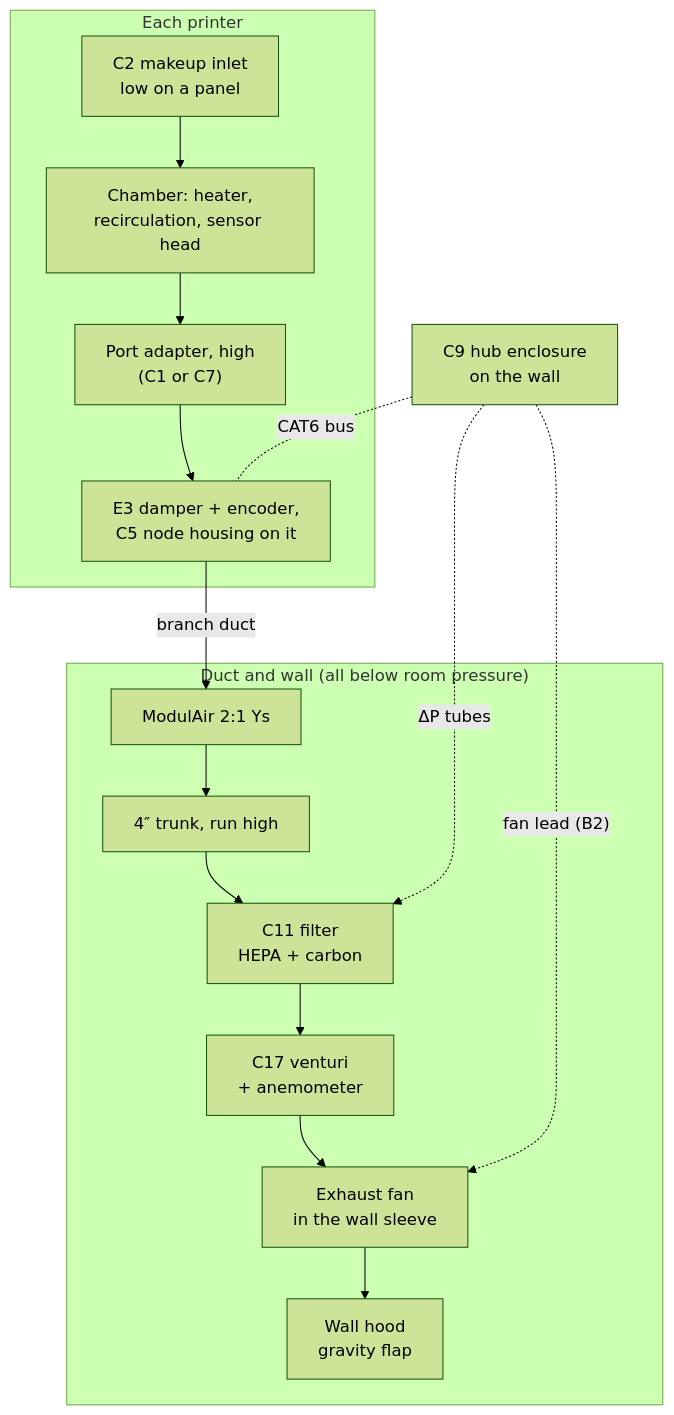
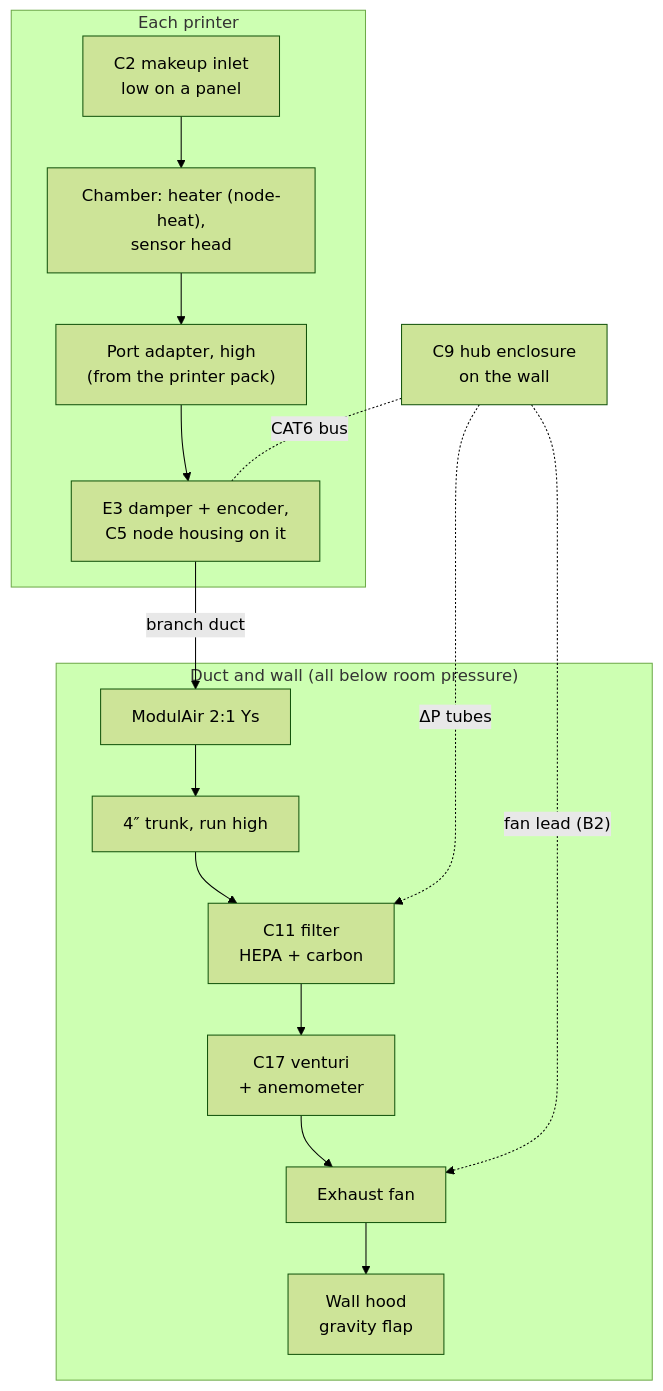
Before and after one commit to BashfulBits/3dp-fleet-exhaust: the third of 6 diagrams in docs/01_system_architecture.md, drawn with Mermaid (forest theme). The commit also changed other lines of this file and 40 other files, not shown here.

````diff
--- a/docs/01_system_architecture.md
+++ b/docs/01_system_architecture.md
@@ -69,19 +86,19 @@
 ```mermaid
 flowchart TB
   subgraph pr["Each printer"]
-    MU["C2 makeup inlet<br>low on a panel"] --> CH["Chamber: heater,<br>recirculation, sensor head"]
-    CH --> PA["Port adapter, high<br>(C1 or C7)"]
+    MU["C2 makeup inlet<br>low on a panel"] --> CH["Chamber: heater (node-heat),<br>sensor head"]
+    CH --> PA["Port adapter, high<br>(from the printer pack)"]
     PA --> DM["E3 damper + encoder,<br>C5 node housing on it"]
   end
   subgraph wall["Duct and wall (all below room pressure)"]
     Y["ModulAir 2:1 Ys"] --> TR["4″ trunk, run high"]
     TR --> FI["C11 filter<br>HEPA + carbon"]
     FI --> VE["C17 venturi<br>+ anemometer"]
-    VE --> FAN["Exhaust fan<br>in the wall sleeve"]
+    VE --> FAN["Exhaust fan"]
     FAN --> HO["Wall hood<br>gravity flap"]
   end
   DM -->|"branch duct"| Y
   HUB["C9 hub enclosure<br>on the wall"] -.->|"ΔP tubes"| FI
   HUB -.->|"fan lead (B2)"| FAN
   HUB -.-|"CAT6 bus"| DM
 ```
````
